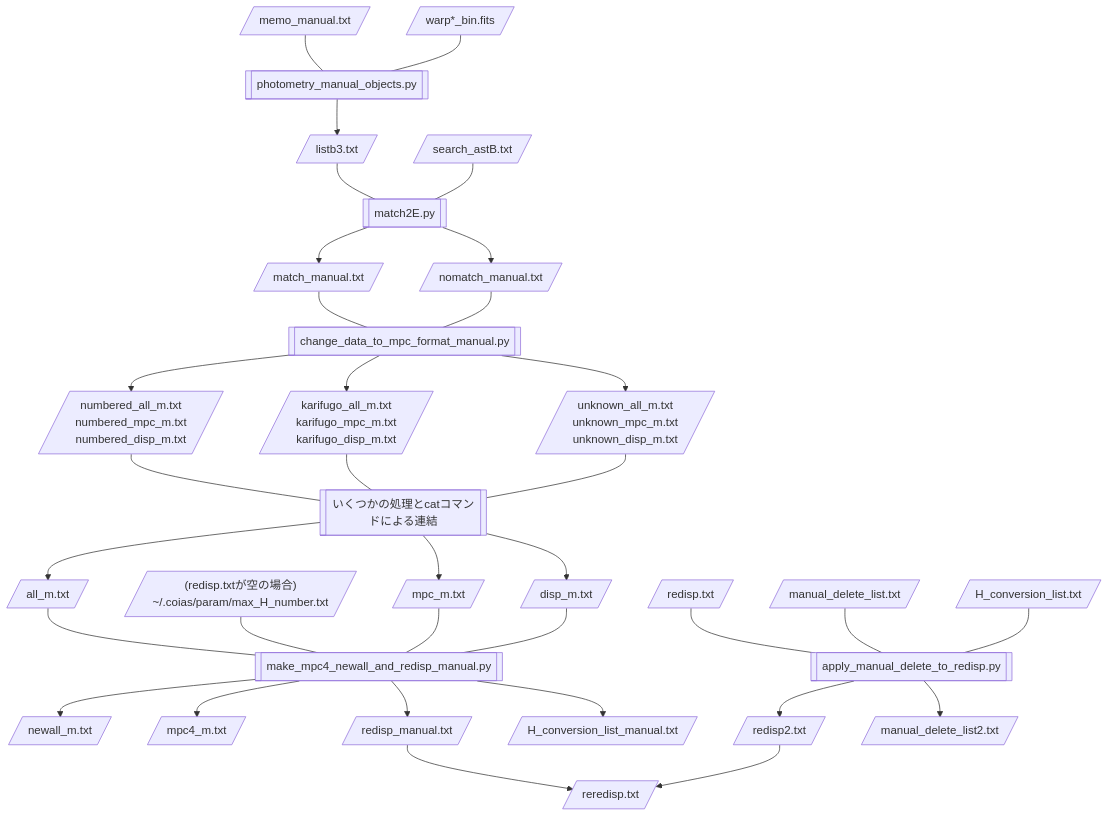
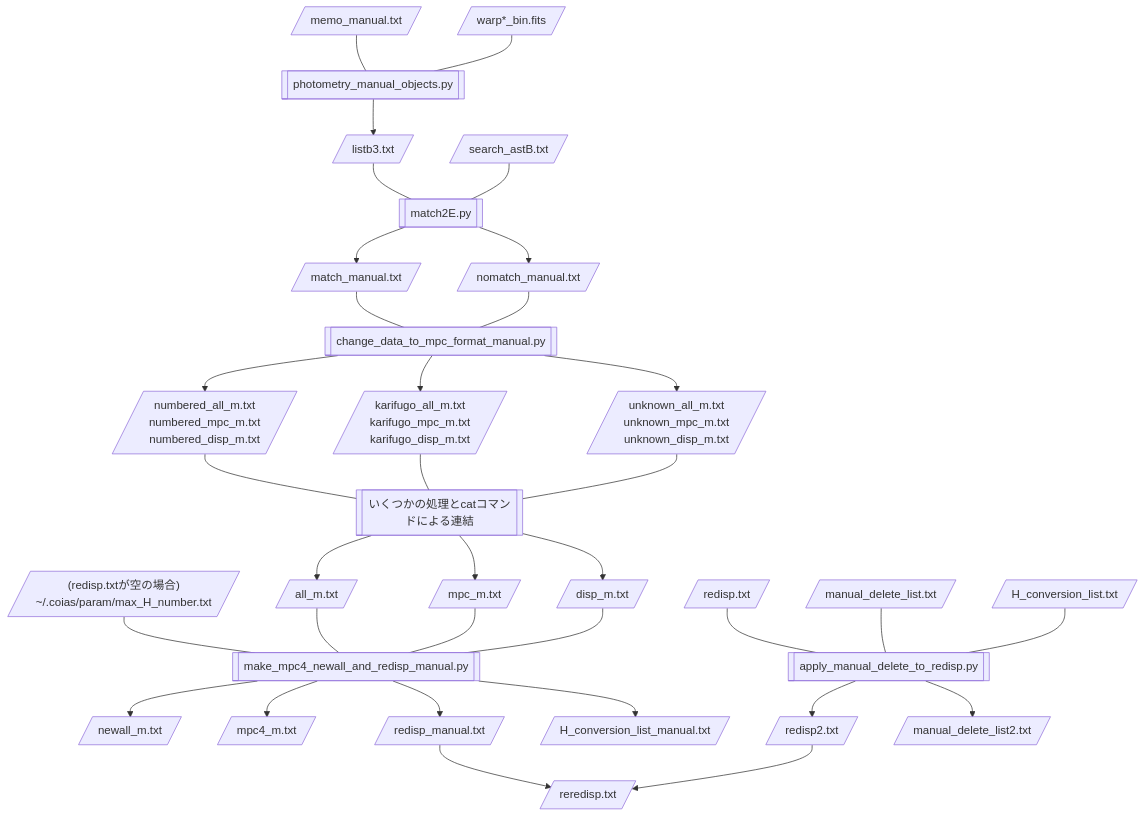
One commit to COIAS-program/COIAS_program_github changed the diagram in flowcharts/flowchart6-AstsearchR_after_manual.md. Above: the diagram before and after it, drawn with Mermaid.

Commit message:
flowchart更新2

```````diff
--- a/flowcharts/flowchart6-AstsearchR_after_manual.md
+++ b/flowcharts/flowchart6-AstsearchR_after_manual.md
@@ -3,64 +3,64 @@
 ```mermaid
 flowchart TD
     A[/memo_manual.txt/] --- B[[photometry_manual_objects.py]]
     C[/warp*_bin.fits/] --- B
     B --> D[/listb3.txt/]
     D --- E[[match2E.py]]
     F[/search_astB.txt/] --- E
     E --> G[/match_manual.txt/]
     E --> H[/nomatch_manual.txt/]
     G --- I[[change_data_to_mpc_format_manual.py]]
     H --- I
     I --> J[/numbered_all_m.txt\nnumbered_mpc_m.txt\nnumbered_disp_m.txt/]
     I --> K[/karifugo_all_m.txt\nkarifugo_mpc_m.txt\nkarifugo_disp_m.txt/]
     I --> L[/unknown_all_m.txt\nunknown_mpc_m.txt\nunknown_disp_m.txt/]
     J --- M[[いくつかの処理とcatコマンドによる連結]]
     K --- M
     L --- M
     M --> N[/all_m.txt/]
     M --> O[/mpc_m.txt/]
     M --> P[/disp_m.txt/]
-    N --- Q[[make_mpc4_newall_and_redisp_manual.py]]
-	c[/"(redisp.txtが空の場合)\n~/.coias/param/max_H_number.txt"/] --- Q
+	c[/"(redisp.txtが空の場合)\n~/.coias/param/max_H_number.txt"/] --- Q[[make_mpc4_newall_and_redisp_manual.py]]
+    N --- Q
     O --- Q
     P --- Q
     Q --> R[/newall_m.txt/]
     Q --> S[/mpc4_m.txt/]
     Q --> T[/redisp_manual.txt/]
     Q --> U[/H_conversion_list_manual.txt/]
     T --> V[/reredisp.txt/]
     W[/redisp.txt/] --- X[[apply_manual_delete_to_redisp.py]]
     Y[/manual_delete_list.txt/] --- X
     Z[/H_conversion_list.txt/] --- X
     X --> a[/redisp2.txt/]
     X --> b[/manual_delete_list2.txt/]
     a --> V
 
     click B "https://github.com/COIAS-program/COIAS_program_github/blob/main/src8_astsearch_manual/photometry_manual_objects.py"
     click E "https://github.com/COIAS-program/COIAS_program_github/blob/main/src8_astsearch_manual/match2E.py"
     click I "https://github.com/COIAS-program/COIAS_program_github/blob/main/src8_astsearch_manual/change_data_to_mpc_format_manual.py"
     click Q "https://github.com/COIAS-program/COIAS_program_github/blob/main/src8_astsearch_manual/make_mpc4_newall_and_redisp_manual.py"
     click X "https://github.com/COIAS-program/COIAS_program_github/blob/main/src8_astsearch_manual/apply_manual_delete_to_redisp.py"
     
     click A "https://github.com/COIAS-program/COIAS_program_github/blob/main/flowcharts/sample6/memo_manual.txt"
     click D "https://github.com/COIAS-program/COIAS_program_github/blob/main/flowcharts/sample6/listb3.txt"
     click F "https://github.com/COIAS-program/COIAS_program_github/blob/main/flowcharts/sample3/search_astB.txt"
     click G "https://github.com/COIAS-program/COIAS_program_github/blob/main/flowcharts/sample6/match_manual.txt"
     click H "https://github.com/COIAS-program/COIAS_program_github/blob/main/flowcharts/sample6/nomatch_manual.txt"
     click J "https://github.com/COIAS-program/COIAS_program_github/blob/main/flowcharts/sample6/numbered_all_mpc_disp_m.txt"
     click K "https://github.com/COIAS-program/COIAS_program_github/blob/main/flowcharts/sample6/karifugo_all_mpc_disp_m.txt"
     click L "https://github.com/COIAS-program/COIAS_program_github/blob/main/flowcharts/sample6/unknown_all_mpc_disp_m.txt"
     click N "https://github.com/COIAS-program/COIAS_program_github/blob/main/flowcharts/sample6/all_m.txt"
     click O "https://github.com/COIAS-program/COIAS_program_github/blob/main/flowcharts/sample6/mpc_m.txt"
     click P "https://github.com/COIAS-program/COIAS_program_github/blob/main/flowcharts/sample6/disp_m.txt"
     click R "https://github.com/COIAS-program/COIAS_program_github/blob/main/flowcharts/sample6/newall_m.txt"
     click S "https://github.com/COIAS-program/COIAS_program_github/blob/main/flowcharts/sample6/mpc4_m.txt"
     click T "https://github.com/COIAS-program/COIAS_program_github/blob/main/flowcharts/sample6/redisp_manual.txt"
     click U "https://github.com/COIAS-program/COIAS_program_github/blob/main/flowcharts/sample6/H_conversion_list_manual.txt"
     click V "https://github.com/COIAS-program/COIAS_program_github/blob/main/flowcharts/sample6/reredisp.txt"
     click W "https://github.com/COIAS-program/COIAS_program_github/blob/main/flowcharts/sample5/redisp.txt"
     click Y "https://github.com/COIAS-program/COIAS_program_github/blob/main/flowcharts/sample6/manual_delete_list.txt"
     click Z "https://github.com/COIAS-program/COIAS_program_github/blob/main/flowcharts/sample5/H_conversion_list.txt"
     click a "https://github.com/COIAS-program/COIAS_program_github/blob/main/flowcharts/sample6/redisp2.txt"
     click b "https://github.com/COIAS-program/COIAS_program_github/blob/main/flowcharts/sample6/manual_delete_list2.txt"
 ``````
```````
